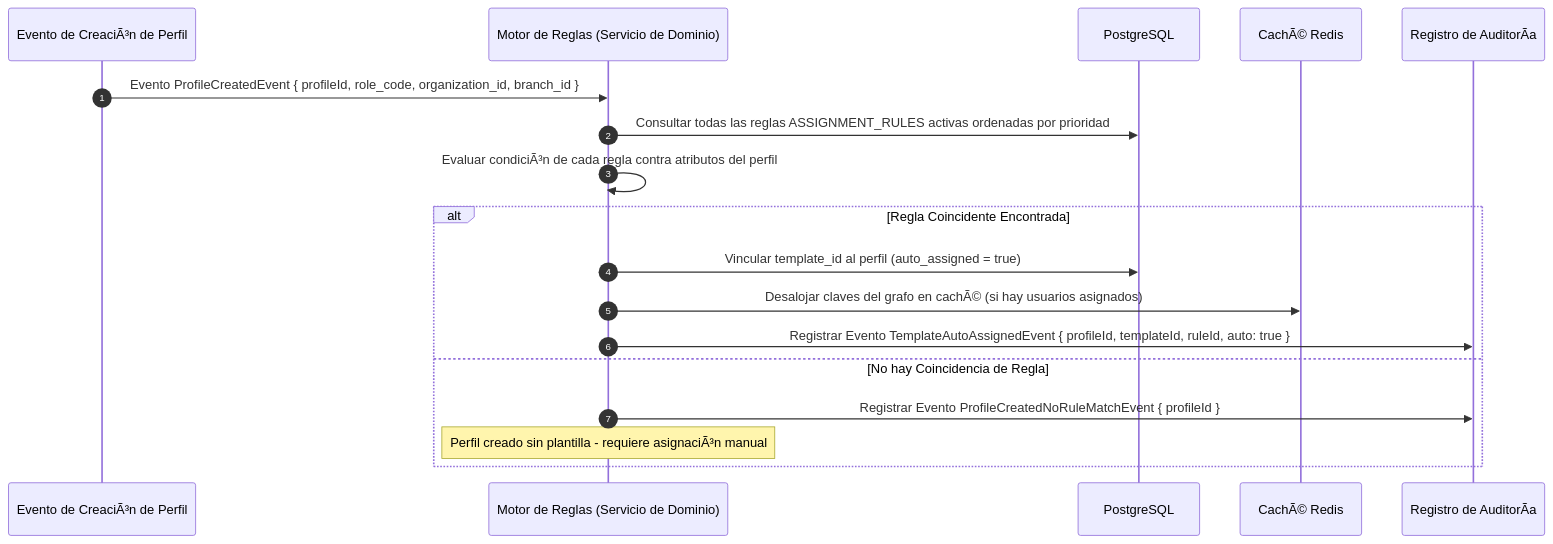
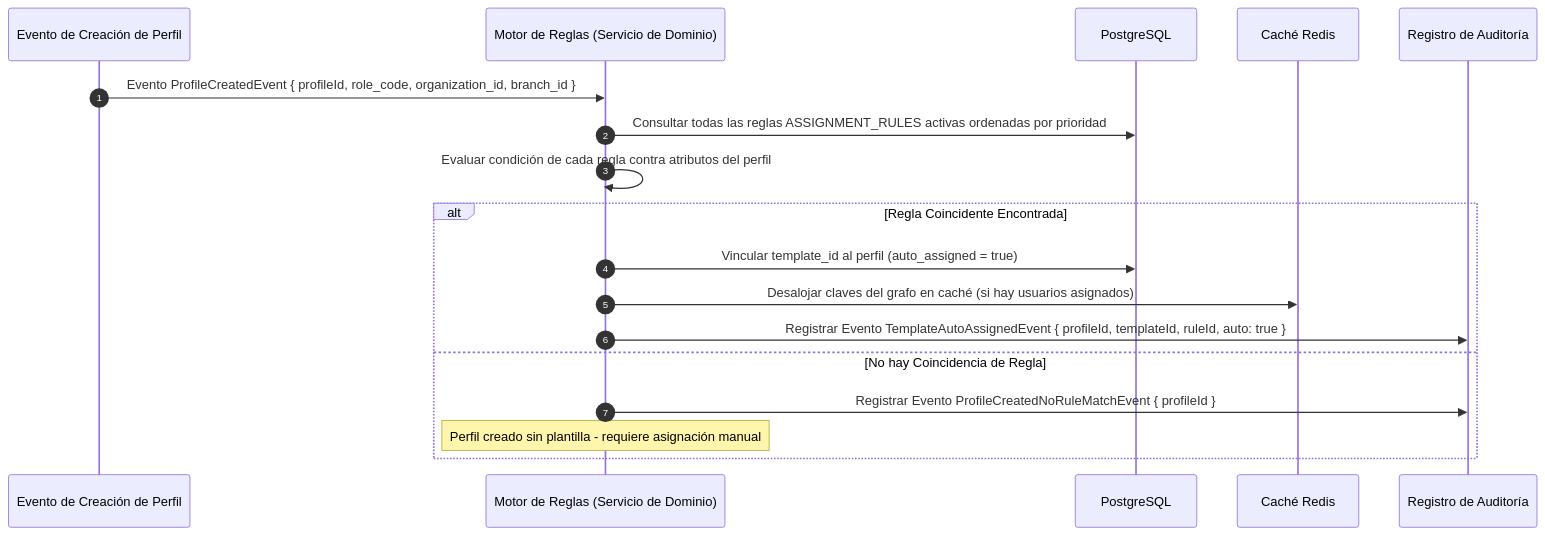
Before and after one commit to beyondnetcode/ums: the second of 2 diagrams in src/ums-workspace/docs/es/01-requirements/functional-stories/fs-06-auto-assign-template.md, drawn with Mermaid. The commit also changed other lines of this file and 9 other files, not shown here.

````diff
--- a/src/ums-workspace/docs/es/01-requirements/functional-stories/fs-06-auto-assign-template.md
+++ b/src/ums-workspace/docs/es/01-requirements/functional-stories/fs-06-auto-assign-template.md
@@ -41,21 +41,21 @@
 ```mermaid
 sequenceDiagram
     autonumber
-    participant Trigger as Evento de CreaciÃ³n de Perfil
+    participant Trigger as Evento de Creación de Perfil
     participant Engine as Motor de Reglas (Servicio de Dominio)
     participant DB as PostgreSQL
-    participant Cache as CachÃ© Redis
-    participant Audit as Registro de AuditorÃ­a
+    participant Cache as Caché Redis
+    participant Audit as Registro de Auditoría
 
     Trigger->>Engine: Evento ProfileCreatedEvent { profileId, role_code, organization_id, branch_id }
     Engine->>DB: Consultar todas las reglas ASSIGNMENT_RULES activas ordenadas por prioridad
-    Engine->>Engine: Evaluar condiciÃ³n de cada regla contra atributos del perfil
+    Engine->>Engine: Evaluar condición de cada regla contra atributos del perfil
     alt Regla Coincidente Encontrada
         Engine->>DB: Vincular template_id al perfil (auto_assigned = true)
-        Engine->>Cache: Desalojar claves del grafo en cachÃ© (si hay usuarios asignados)
+        Engine->>Cache: Desalojar claves del grafo en caché (si hay usuarios asignados)
         Engine->>Audit: Registrar Evento TemplateAutoAssignedEvent { profileId, templateId, ruleId, auto: true }
     else No hay Coincidencia de Regla
         Engine->>Audit: Registrar Evento ProfileCreatedNoRuleMatchEvent { profileId }
-        Note over Engine: Perfil creado sin plantilla - requiere asignaciÃ³n manual
+        Note over Engine: Perfil creado sin plantilla - requiere asignación manual
     end
 ```
````
